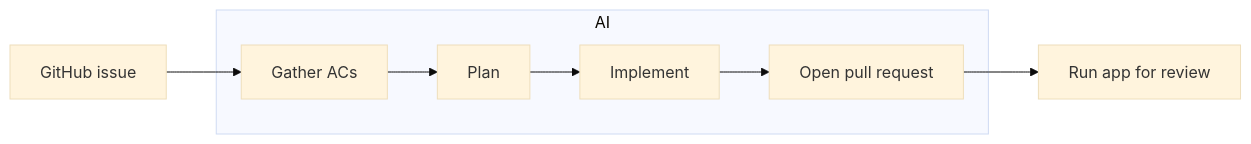
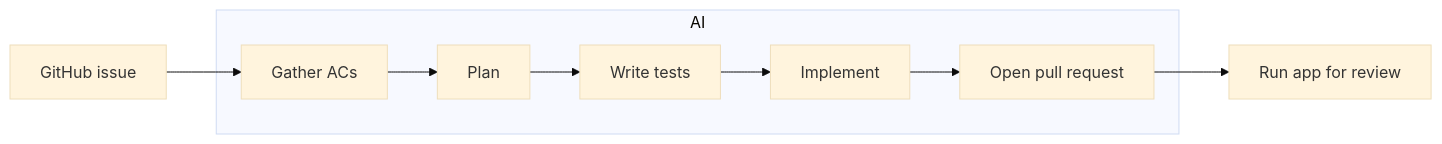
Before and after one commit to ethan-mfb/pomo: the diagram in DEVELOPMENT_WORKFLOWS.md, drawn with Mermaid (base theme).

Commit message:
refactor: update development workflow diagram to include test writing step before implementation

````diff
--- a/DEVELOPMENT_WORKFLOWS.md
+++ b/DEVELOPMENT_WORKFLOWS.md
@@ -5,10 +5,11 @@
 ```mermaid
 flowchart LR
     A[GitHub issue] --> B[Gather ACs]
     subgraph AI
         B[Gather ACs] --> C[Plan]
-        C --> F[Implement]
+        C --> D[Write tests]
+        D --> F[Implement]
         F --> H[Open pull request]
     end
     H --> I[Run app for review]
 ```
````
